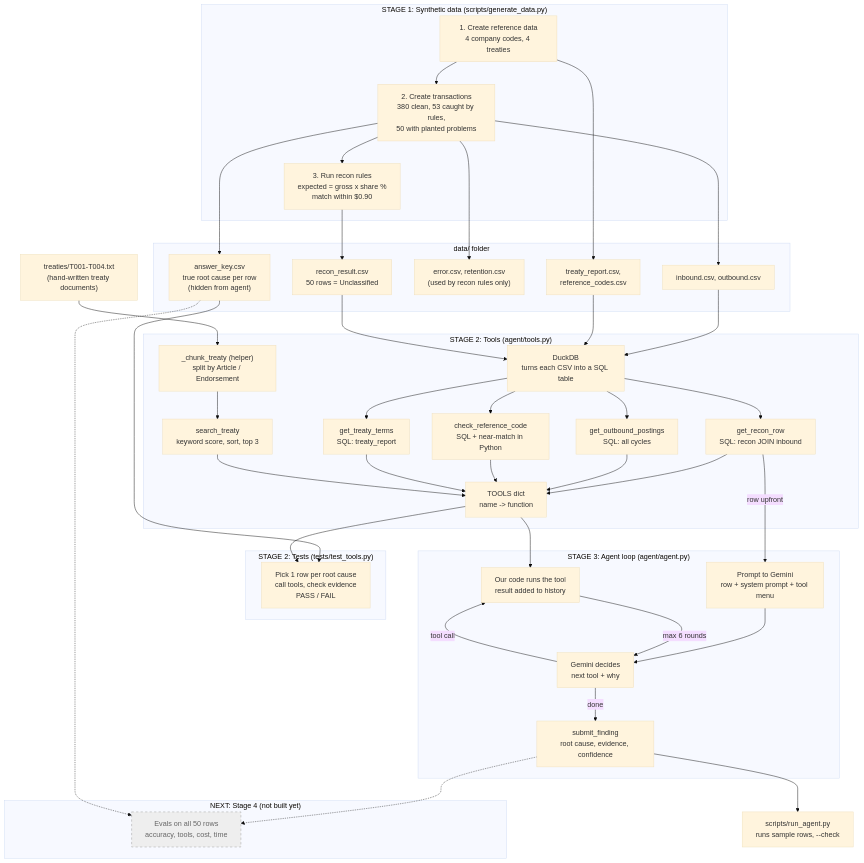
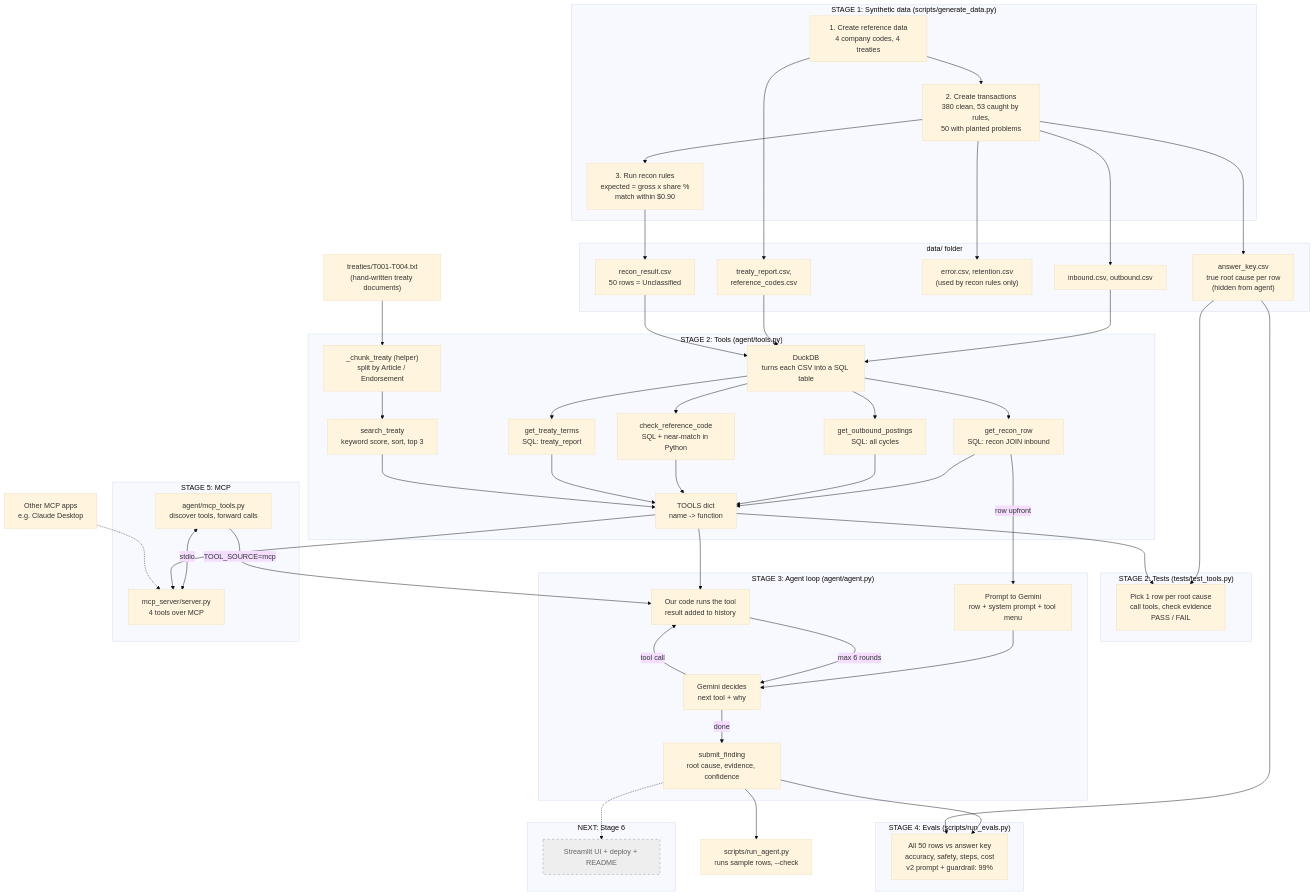
Before and after one commit to jayshreethite2024/recon-agent: the diagram in docs/architecture.mermaid, drawn with Mermaid (base theme). The commit also changed 17 other files, not shown here.

Commit message:
Stage 5: MCP, 100% on 50 rows via MCP

```diff
--- a/docs/architecture.mermaid
+++ b/docs/architecture.mermaid
@@ -1,72 +1,86 @@
 flowchart TD
     subgraph S1["STAGE 1: Synthetic data  (scripts/generate_data.py)"]
         G1["1. Create reference data<br/>4 company codes, 4 treaties"]
         G2["2. Create transactions<br/>380 clean, 53 caught by rules,<br/>50 with planted problems"]
         G3["3. Run recon rules<br/>expected = gross x share %<br/>match within $0.90"]
         G1 --> G2 --> G3
     end
 
     TXT["treaties/T001-T004.txt<br/>(hand-written treaty documents)"]
 
     subgraph DATA["data/ folder"]
         REF["treaty_report.csv,<br/>reference_codes.csv"]
         CSV["inbound.csv, outbound.csv"]
         ERR["error.csv, retention.csv<br/>(used by recon rules only)"]
         RECON["recon_result.csv<br/>50 rows = Unclassified"]
         KEY["answer_key.csv<br/>true root cause per row<br/>(hidden from agent)"]
     end
 
     G1 --> REF
     G2 --> CSV
     G2 --> ERR
     G3 --> RECON
     G2 --> KEY
 
     subgraph S2["STAGE 2: Tools  (agent/tools.py)"]
         DUCK["DuckDB<br/>turns each CSV into a SQL table"]
         T1["get_recon_row<br/>SQL: recon JOIN inbound"]
         T2["get_outbound_postings<br/>SQL: all cycles"]
         T3["check_reference_code<br/>SQL + near-match in Python"]
         T4["get_treaty_terms<br/>SQL: treaty_report"]
         CH["_chunk_treaty (helper)<br/>split by Article / Endorsement"]
         T5["search_treaty<br/>keyword score, sort, top 3"]
         REG["TOOLS dict<br/>name -> function"]
         DUCK --> T1 & T2 & T3 & T4
         CH --> T5
         T1 & T2 & T3 & T4 & T5 --> REG
     end
 
     CSV --> DUCK
     REF --> DUCK
     RECON --> DUCK
     TXT --> CH
 
     subgraph TEST["STAGE 2: Tests  (tests/test_tools.py)"]
         TS["Pick 1 row per root cause<br/>call tools, check evidence<br/>PASS / FAIL"]
     end
     KEY --> TS
     REG --> TS
 
     subgraph S3["STAGE 3: Agent loop  (agent/agent.py)"]
         PR["Prompt to Gemini<br/>row + system prompt + tool menu"]
         LLM["Gemini decides<br/>next tool + why"]
         RUN["Our code runs the tool<br/>result added to history"]
         SUB["submit_finding<br/>root cause, evidence, confidence"]
         PR --> LLM
         LLM -->|"tool call"| RUN
         RUN -->|"max 6 rounds"| LLM
         LLM -->|"done"| SUB
     end
     T1 -->|"row upfront"| PR
     REG --> RUN
     RS["scripts/run_agent.py<br/>runs sample rows, --check"]
     SUB --> RS
 
-    subgraph NEXT["NEXT: Stage 4 (not built yet)"]
-        EV["Evals on all 50 rows<br/>accuracy, tools, cost, time"]
+    subgraph S4["STAGE 4: Evals  (scripts/run_evals.py)"]
+        EV["All 50 rows vs answer key<br/>accuracy, safety, steps, cost<br/>v2 prompt + guardrail: 99%"]
     end
-    SUB -.-> EV
-    KEY -.-> EV
+    SUB --> EV
+    KEY --> EV
+
+    subgraph S5["STAGE 5: MCP"]
+        MCPS["mcp_server/server.py<br/>4 tools over MCP"]
+        MCPC["agent/mcp_tools.py<br/>discover tools, forward calls"]
+        MCPC <-->|"stdio"| MCPS
+    end
+    REG --> MCPS
+    MCPC -->|"TOOL_SOURCE=mcp"| RUN
+    CD["Other MCP apps<br/>e.g. Claude Desktop"] -.-> MCPS
+
+    subgraph NEXT["NEXT: Stage 6"]
+        UI["Streamlit UI + deploy + README"]
+    end
+    SUB -.-> UI
 
     classDef future fill:#eee,stroke:#999,stroke-dasharray:5 5,color:#666
-    class EV future
+    class UI future
```
